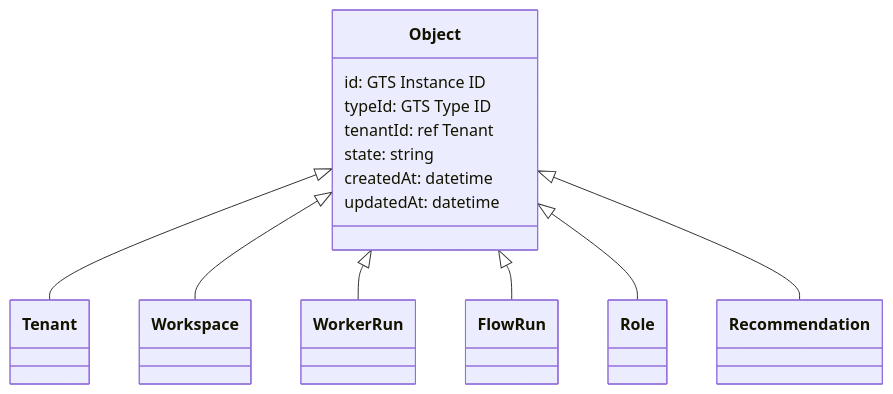
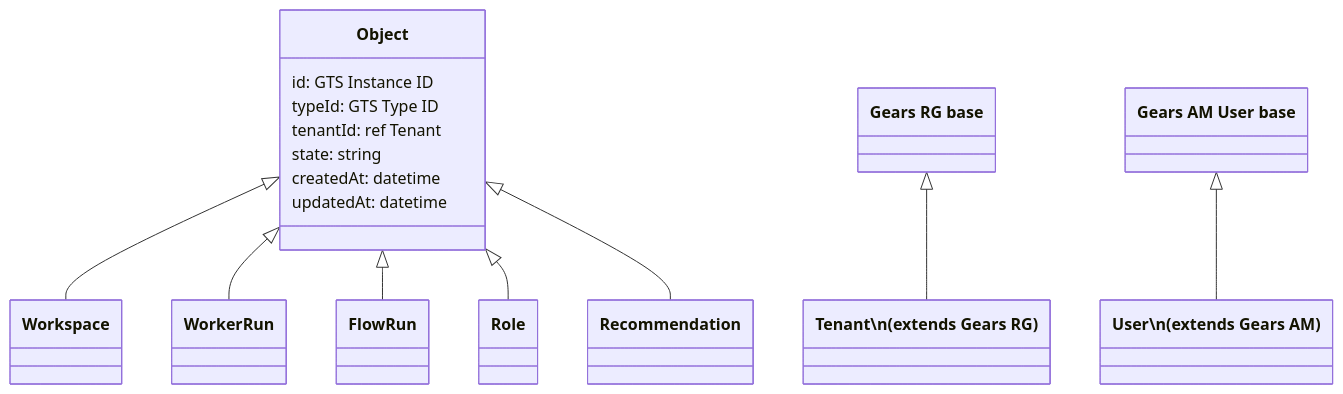
One commit to constructorfabric/studio changed the seventh of 51 diagrams in v2/docs/domain-model.md. Above: the diagram before and after it, drawn with Mermaid. The commit also changed other lines of this file, not shown here.

First line of the commit message:
fix(v2): correct DO3/D2 diagrams — Tenant/User extend Gears RG/AM, not Studio Object

````diff
--- a/v2/docs/domain-model.md
+++ b/v2/docs/domain-model.md
@@ -308,24 +313,28 @@
 ```mermaid
 classDiagram
     class Object {
         id: GTS Instance ID
         typeId: GTS Type ID
         tenantId: ref Tenant
         state: string
         createdAt: datetime
         updatedAt: datetime
     }
-    class Tenant
+    class GearsRG["Gears RG base"]
+    class GearsAM["Gears AM User base"]
+    class Tenant["Tenant\n(extends Gears RG)"]
+    class User["User\n(extends Gears AM)"]
     class Workspace
     class WorkerRun
     class FlowRun
     class Role
     class Recommendation
 
-    Object <|-- Tenant
+    GearsRG <|-- Tenant
+    GearsAM <|-- User
     Object <|-- Workspace
     Object <|-- WorkerRun
     Object <|-- FlowRun
     Object <|-- Role
     Object <|-- Recommendation
 ```
````
